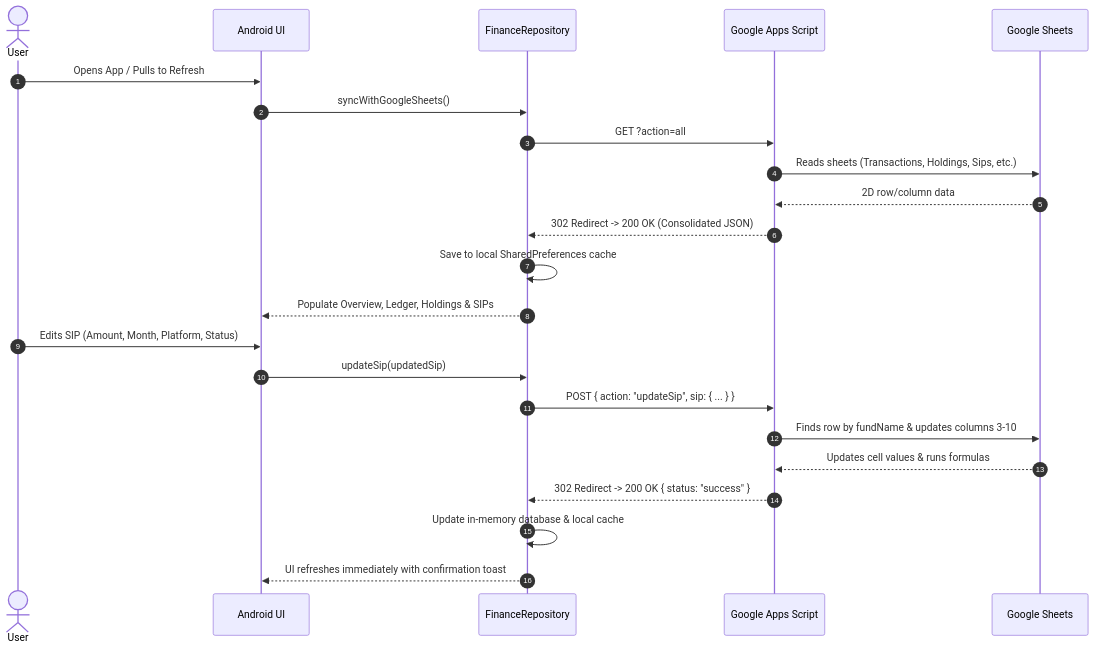
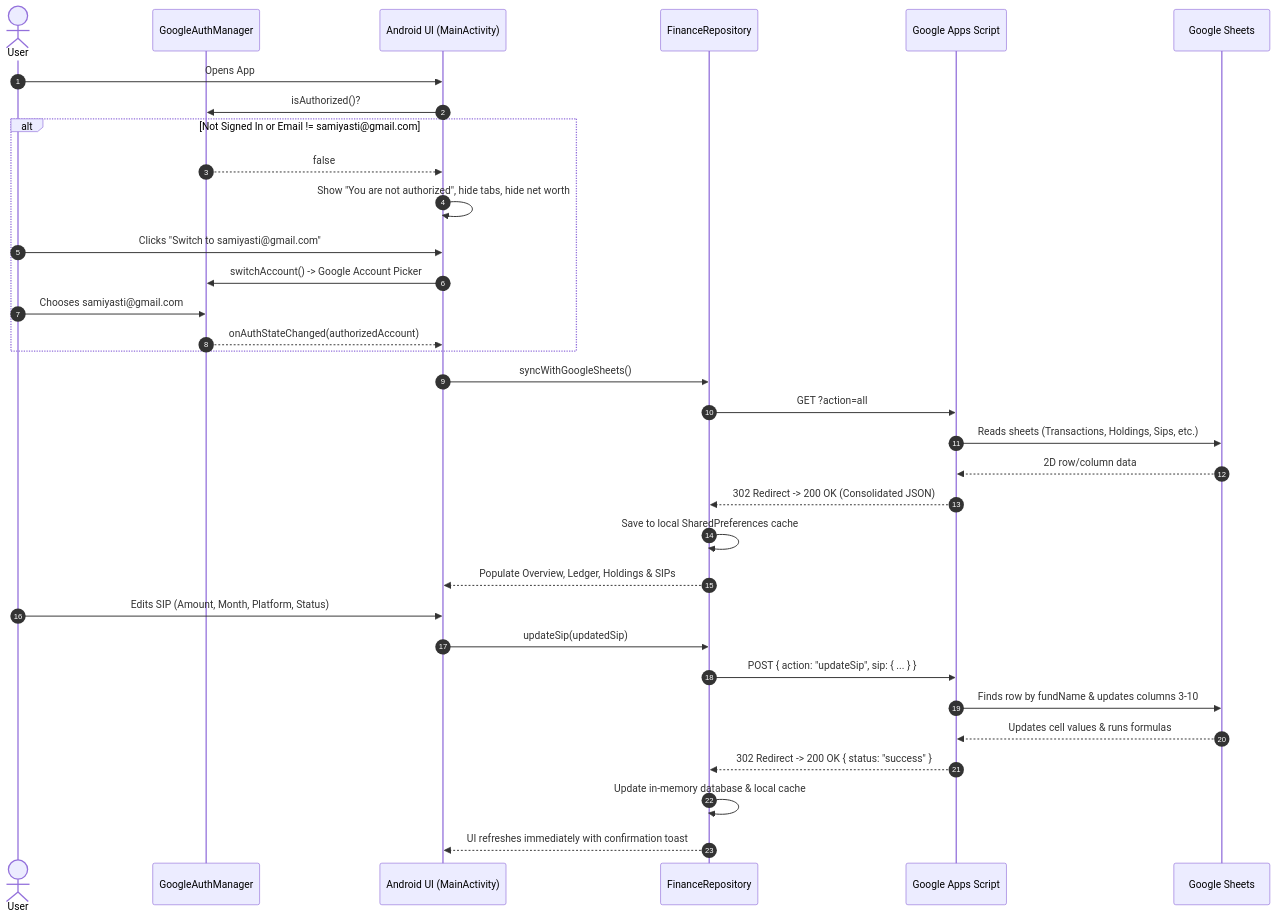
The second of 3 diagrams in README.md (sayan05052000/Finance-Manager), drawn with Mermaid before and after one commit. The commit also changed other lines of this file, not shown here.

Commit message:
docs: update README with Google Account authentication & authorization architecture

````diff
--- a/README.md
+++ b/README.md
@@ -160,27 +191,38 @@
 ```mermaid
 sequenceDiagram
     autonumber
     actor User as User
-    participant App as Android UI
+    participant Auth as GoogleAuthManager
+    participant App as Android UI (MainActivity)
     participant Repo as FinanceRepository
     participant GAS as Google Apps Script
     participant GSheet as Google Sheets
 
-    User->>App: Opens App / Pulls to Refresh
+    User->>App: Opens App
+    App->>Auth: isAuthorized()?
+    alt Not Signed In or Email != samiyasti@gmail.com
+        Auth-->>App: false
+        App->>App: Show "You are not authorized", hide tabs, hide net worth
+        User->>App: Clicks "Switch to samiyasti@gmail.com"
+        App->>Auth: switchAccount() -> Google Account Picker
+        User->>Auth: Chooses samiyasti@gmail.com
+        Auth-->>App: onAuthStateChanged(authorizedAccount)
+    end
+
     App->>Repo: syncWithGoogleSheets()
     Repo->>GAS: GET ?action=all
     GAS->>GSheet: Reads sheets (Transactions, Holdings, Sips, etc.)
     GSheet-->>GAS: 2D row/column data
     GAS-->>Repo: 302 Redirect -> 200 OK (Consolidated JSON)
     Repo->>Repo: Save to local SharedPreferences cache
     Repo-->>App: Populate Overview, Ledger, Holdings & SIPs
 
     User->>App: Edits SIP (Amount, Month, Platform, Status)
     App->>Repo: updateSip(updatedSip)
     Repo->>GAS: POST { action: "updateSip", sip: { ... } }
     GAS->>GSheet: Finds row by fundName & updates columns 3-10
     GSheet-->>GAS: Updates cell values & runs formulas
     GAS-->>Repo: 302 Redirect -> 200 OK { status: "success" }
     Repo->>Repo: Update in-memory database & local cache
     Repo-->>App: UI refreshes immediately with confirmation toast
 ```
````
